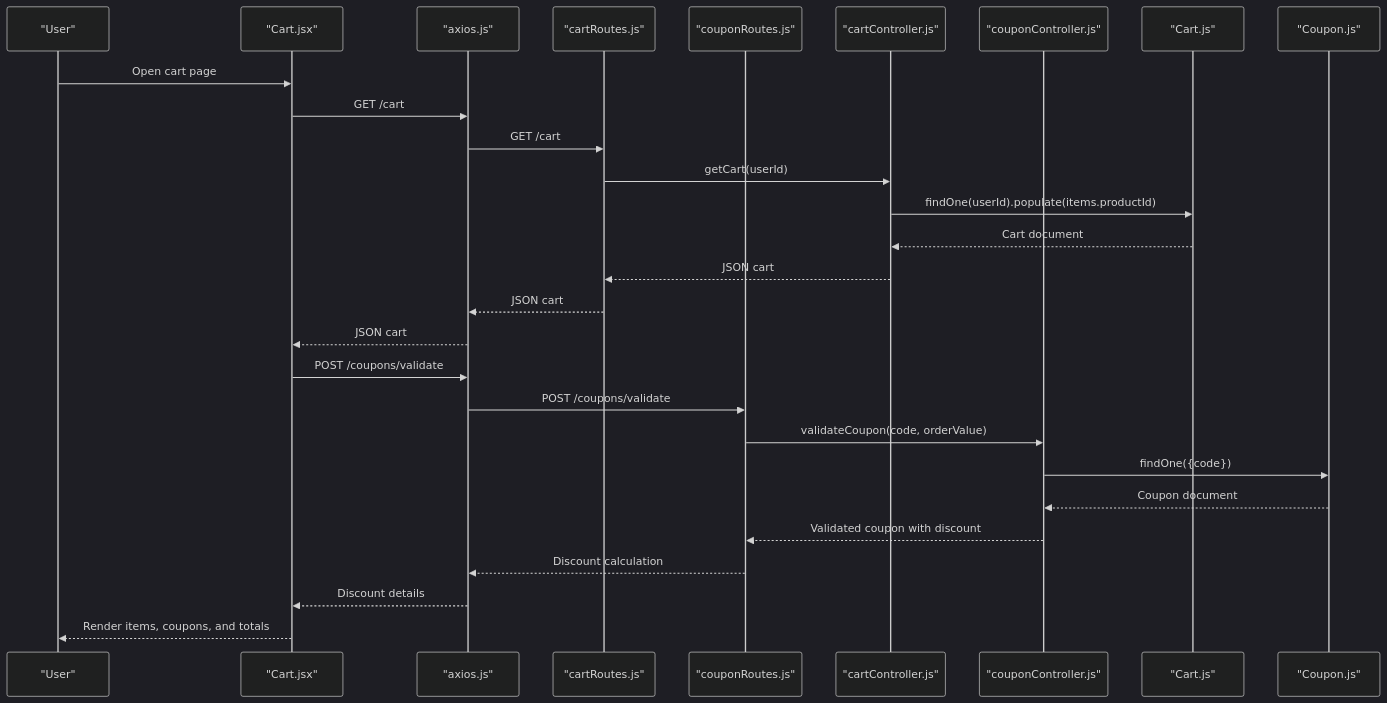
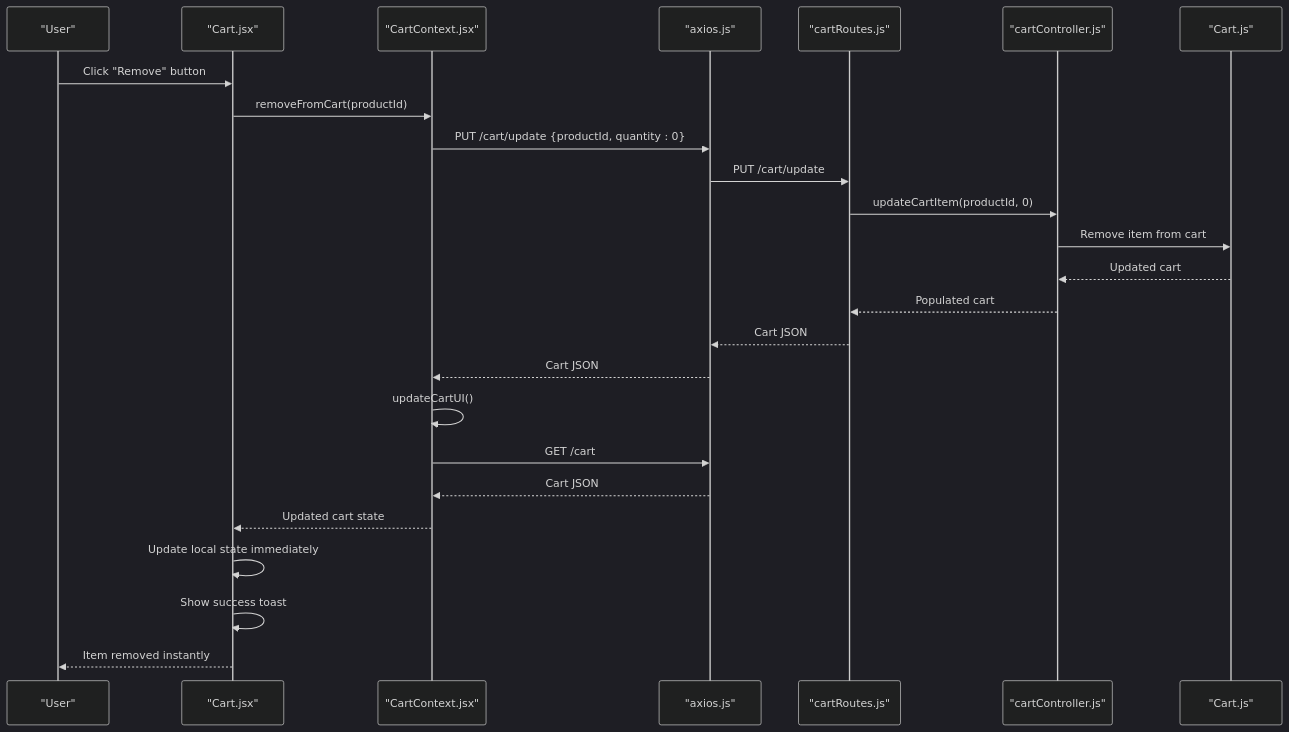
The second of 11 diagrams in .qoder/repowiki/en/content/Shopping Experience/Shopping Cart Management.md (Pavan-PSPK9032/TrendsandToss), drawn with Mermaid (dark theme) before and after one commit. The commit also changed other lines of this file and 6 other files, not shown here.

````diff
--- a/.qoder/repowiki/en/content/Shopping Experience/Shopping Cart Management.md
+++ b/.qoder/repowiki/en/content/Shopping Experience/Shopping Cart Management.md
@@ -152,30 +149,27 @@
 ```mermaid
 sequenceDiagram
 participant User as "User"
 participant Page as "Cart.jsx"
+participant Context as "CartContext.jsx"
 participant API as "axios.js"
 participant Routes as "cartRoutes.js"
-participant CouponRoutes as "couponRoutes.js"
 participant Ctrl as "cartController.js"
-participant CouponCtrl as "couponController.js"
 participant Model as "Cart.js"
-participant CouponModel as "Coupon.js"
-User->>Page : Open cart page
-Page->>API : GET /cart
-API->>Routes : GET /cart
-Routes->>Ctrl : getCart(userId)
-Ctrl->>Model : findOne(userId).populate(items.productId)
-Model-->>Ctrl : Cart document
-Ctrl-->>Routes : JSON cart
-Routes-->>API : JSON cart
-API-->>Page : JSON cart
-Page->>API : POST /coupons/validate
-API->>CouponRoutes : POST /coupons/validate
-CouponRoutes->>CouponCtrl : validateCoupon(code, orderValue)
-CouponCtrl->>CouponModel : findOne({code})
-CouponModel-->>CouponCtrl : Coupon document
-CouponCtrl-->>CouponRoutes : Validated coupon with discount
-CouponRoutes-->>API : Discount calculation
-API-->>Page : Discount details
-Page-->>User : Render items, coupons, and totals
+User->>Page : Click "Remove" button
+Page->>Context : removeFromCart(productId)
+Context->>API : PUT /cart/update {productId, quantity : 0}
+API->>Routes : PUT /cart/update
+Routes->>Ctrl : updateCartItem(productId, 0)
+Ctrl->>Model : Remove item from cart
+Model-->>Ctrl : Updated cart
+Ctrl-->>Routes : Populated cart
+Routes-->>API : Cart JSON
+API-->>Context : Cart JSON
+Context->>Context : updateCartUI()
+Context->>API : GET /cart
+API-->>Context : Cart JSON
+Context-->>Page : Updated cart state
+Page->>Page : Update local state immediately
+Page->>Page : Show success toast
+Page-->>User : Item removed instantly
 ```
````
